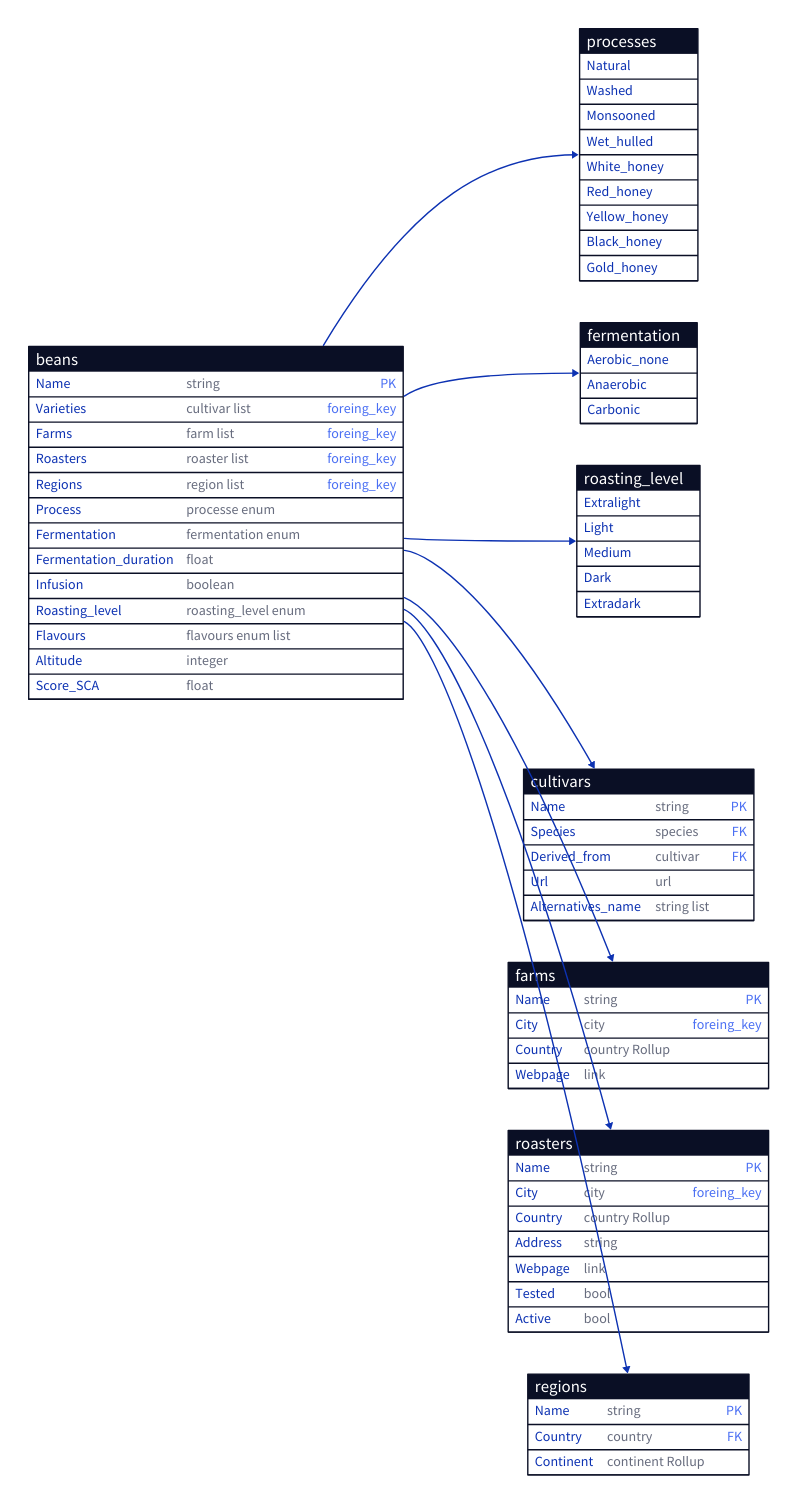
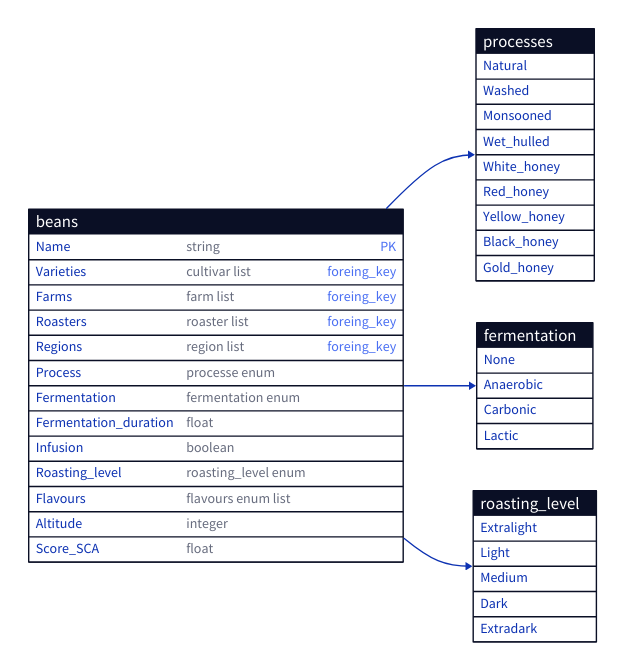
One commit to xvw/capsule changed the diagram in diagrams/coffee-bean.d2. Above: the diagram before and after it, drawn with D2. The commit also changed 8 other files, not shown here.

```diff
--- a/diagrams/coffee-bean.d2
+++ b/diagrams/coffee-bean.d2
@@ -1,99 +1,59 @@
 style.fill: transparent
-direction: right;
+direction: right
 
 a:"" {
     style.fill: transparent
     style.stroke: transparent
     beans {
         shape: sql_table
         Name: string {constraint: primary_key}
         Varieties: cultivar list {constraint: foreing_key}
         Farms: farm list {constraint: foreing_key}
         Roasters: roaster list {constraint: foreing_key}
         Regions: region list {constraint: foreing_key}
         Process: processe enum
         Fermentation: fermentation enum
         Fermentation_duration: float
         Infusion: boolean
         Roasting_level: roasting_level enum
         Flavours: flavours enum list
         Altitude: integer
         Score_SCA: float
     }
 
     processes {
         shape: sql_table
         Natural
         Washed
         Monsooned
         Wet_hulled
         White_honey
         Red_honey
         Yellow_honey
         Black_honey
         Gold_honey
     }
 
     fermentation {
         shape: sql_table
-        Aerobic_none
+        None
         Anaerobic
         Carbonic
+        Lactic
     }
 
     roasting_level {
         shape: sql_table
         Extralight
         Light
         Medium
         Dark
         Extradark
     }
 }
 
 
-b:"" {
-    style.fill: transparent
-    style.stroke: transparent
-    cultivars {
-        shape: sql_table
-        Name: string {constraint: primary_key}
-        Species : species {constraint: foreign_key}
-        Derived_from : cultivar {constraint: foreign_key}
-        Url: url
-        Alternatives_name: string list
-    }
-    
-    farms {
-        shape: sql_table
-        Name: string {constraint: primary_key}
-        City: city {constraint: foreing_key}
-        Country: country Rollup
-        Webpage: link
-    }
-    roasters {
-        shape: sql_table
-        Name: string {constraint: primary_key}
-        City: city {constraint: foreing_key}
-        Country: country Rollup
-        Address: string
-        Webpage: link
-        Tested: bool
-        Active: bool
-    }
-    regions: {
-        shape: sql_table
-        Name: string {constraint: primary_key}
-        Country: country {constraint: foreign_key}
-        Continent: continent Rollup
-    }
-}
-
 
 a.beans.Roasting_level -> a.roasting_level
 a.beans.Process -> a.processes
 a.beans.Fermentation -> a.fermentation
-a.beans.Varieties -> b.cultivars.Name
-a.beans.Farms -> b.farms.Name
-a.beans.Roasters -> b.roasters.Name
-a.beans.Regions -> b.regions.Name
```
